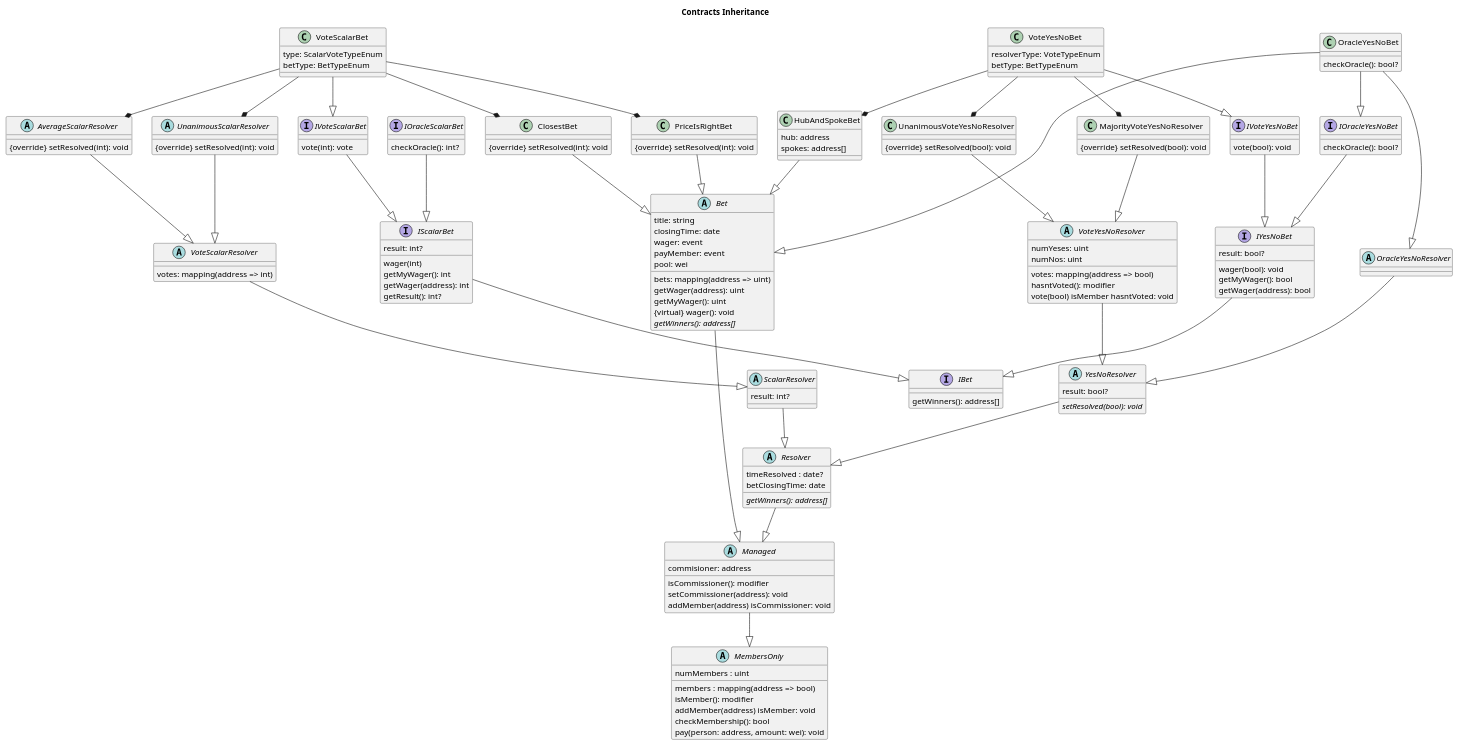
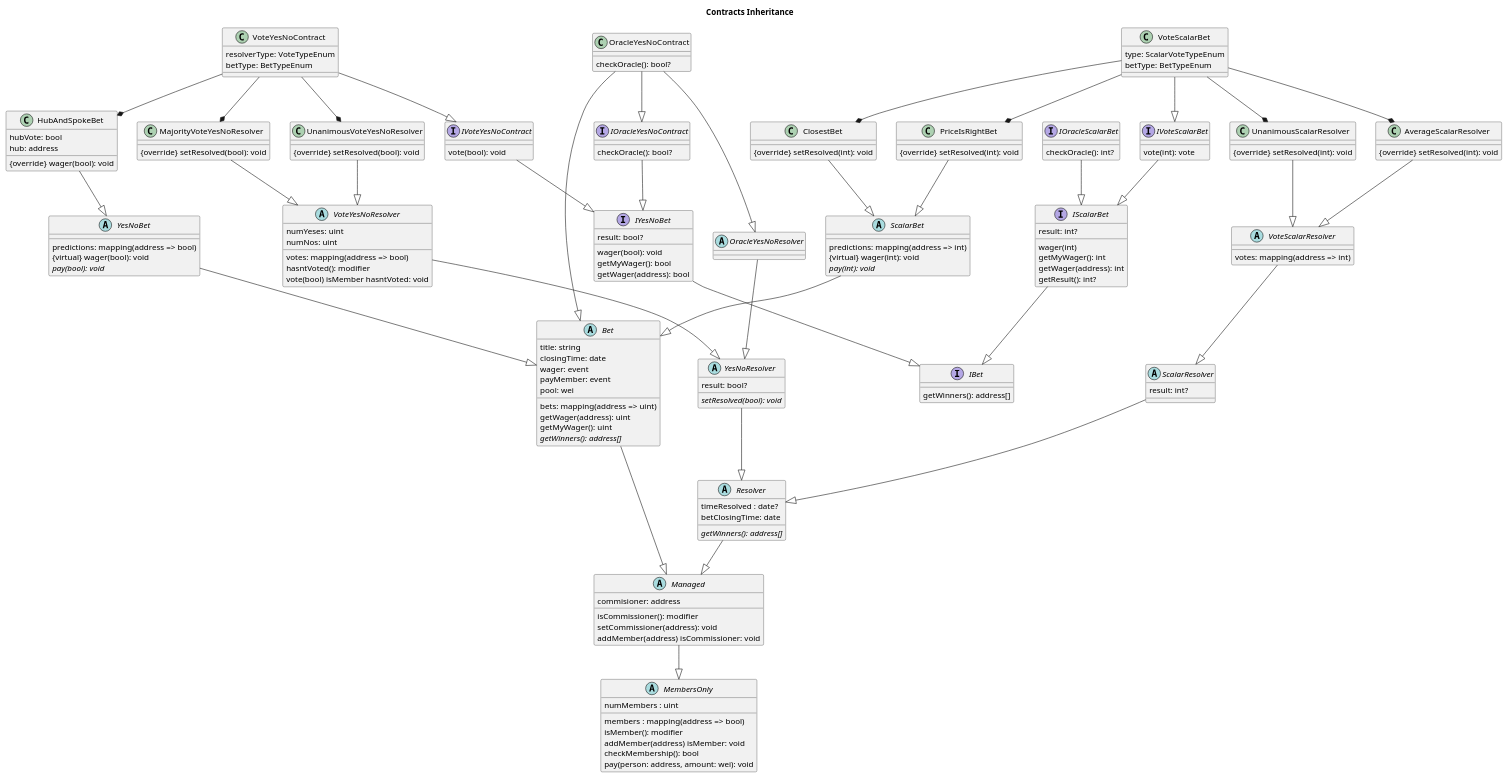
Before and after one commit to adhurjaty/prediction-app: the diagram in src/contracts/inheritanceDiagram.puml, drawn with PlantUML.

Commit message:
happy enough with inheritance diagram

```diff
--- a/src/contracts/inheritanceDiagram.puml
+++ b/src/contracts/inheritanceDiagram.puml
@@ -1,186 +1,200 @@
 @startuml
 
 title Contracts Inheritance
 
 abstract class MembersOnly {
     members : mapping(address => bool)
     numMembers : uint
 
     isMember(): modifier
     addMember(address) isMember: void
     checkMembership(): bool
     pay(person: address, amount: wei): void
 }
 
 abstract class Managed {
     commisioner: address
     isCommissioner(): modifier
     setCommissioner(address): void
     addMember(address) isCommissioner: void
 }
 
 abstract class Resolver {
     timeResolved : date?
     betClosingTime: date
     {abstract} getWinners(): address[]
 }
 
 abstract class YesNoResolver {
     result: bool?
     {abstract} setResolved(bool): void
 }
 
 abstract class OracleYesNoResolver {
 
 }
 
 abstract class VoteYesNoResolver {
     votes: mapping(address => bool)
     numYeses: uint
     numNos: uint
 
     hasntVoted(): modifier
     vote(bool) isMember hasntVoted: void
 }
 
 class MajorityVoteYesNoResolver {
     {override} setResolved(bool): void
 }
 
 class UnanimousVoteYesNoResolver {
     {override} setResolved(bool): void
 }
 
 abstract class ScalarResolver {
     result: int?
 }
 
 abstract class VoteScalarResolver {
     votes: mapping(address => int)
 }
 
 abstract class Bet {
     title: string
     bets: mapping(address => uint)
     closingTime: date
     wager: event
     payMember: event
     pool: wei
 
     getWager(address): uint
     getMyWager(): uint
-    {virtual} wager(): void
     {abstract} getWinners(): address[]
 }
 
-class VoteYesNoBet {
+class VoteYesNoContract {
     resolverType: VoteTypeEnum
     betType: BetTypeEnum
 }
 
-class HubAndSpokeBet {
-    hub: address
-    spokes: address[]
+abstract class YesNoBet {
+    predictions: mapping(address => bool)
+    {virtual} wager(bool): void
+    {abstract} pay(bool): void
 }
 
-class OracleYesNoBet {
+class HubAndSpokeBet {
+    hubVote: bool
+    hub: address
+    {override} wager(bool): void
+}
+
+class OracleYesNoContract {
     checkOracle(): bool?
 }
 
-abstract AverageScalarResolver {
+class AverageScalarResolver {
     {override} setResolved(int): void
 }
 
-abstract UnanimousScalarResolver {
+class UnanimousScalarResolver {
     {override} setResolved(int): void
 }
 
 class PriceIsRightBet {
     {override} setResolved(int): void
 }
 
 class ClosestBet {
     {override} setResolved(int): void
+}
+
+abstract class ScalarBet {
+    predictions: mapping(address => int)
+    {virtual} wager(int): void
+    {abstract} pay(int): void
 }
 
 class VoteScalarBet {
     type: ScalarVoteTypeEnum
     betType: BetTypeEnum
 }
 
 interface IBet {
     getWinners(): address[]
 }
 
 interface IYesNoBet {
     result: bool?
     wager(bool): void
     getMyWager(): bool
     getWager(address): bool
 }
 
 interface IScalarBet {
     result: int?
     wager(int)
     getMyWager(): int
     getWager(address): int
     getResult(): int?
 }
 
-interface IVoteYesNoBet {
+interface IVoteYesNoContract {
     vote(bool): void
 }
 
 interface IVoteScalarBet {
     vote(int): vote
 }
 
-interface IOracleYesNoBet {
+interface IOracleYesNoContract {
     checkOracle(): bool?
 }
 
 interface IOracleScalarBet {
     checkOracle(): int?
 }
 
 Managed --|> MembersOnly
 Resolver --|> Managed
 YesNoResolver --|> Resolver
 ScalarResolver --|> Resolver
 VoteYesNoResolver --|> YesNoResolver
 OracleYesNoResolver --|> YesNoResolver
 MajorityVoteYesNoResolver --|> VoteYesNoResolver
 UnanimousVoteYesNoResolver --|> VoteYesNoResolver
 VoteScalarResolver --|> ScalarResolver
 Bet --|> Managed
 
 IYesNoBet --|> IBet
 IScalarBet --|> IBet
 
-IVoteYesNoBet --|> IYesNoBet
-IOracleYesNoBet --|> IYesNoBet
+IVoteYesNoContract --|> IYesNoBet
+IOracleYesNoContract --|> IYesNoBet
 IVoteScalarBet --|> IScalarBet
 IOracleScalarBet --|> IScalarBet
 
-HubAndSpokeBet --|> Bet
+YesNoBet --|> Bet
+HubAndSpokeBet --|> YesNoBet
 
-VoteYesNoBet --|> IVoteYesNoBet
-VoteYesNoBet --* MajorityVoteYesNoResolver
-VoteYesNoBet --* UnanimousVoteYesNoResolver
-VoteYesNoBet --* HubAndSpokeBet
+VoteYesNoContract --|> IVoteYesNoContract
+VoteYesNoContract --* MajorityVoteYesNoResolver
+VoteYesNoContract --* UnanimousVoteYesNoResolver
+VoteYesNoContract --* HubAndSpokeBet
 
-OracleYesNoBet --|> Bet
-OracleYesNoBet --|> OracleYesNoResolver
-OracleYesNoBet --|> IOracleYesNoBet
+OracleYesNoContract --|> Bet
+OracleYesNoContract --|> OracleYesNoResolver
+OracleYesNoContract --|> IOracleYesNoContract
 
-PriceIsRightBet --|> Bet
-ClosestBet --|> Bet
+PriceIsRightBet --|> ScalarBet
+ClosestBet --|> ScalarBet
 VoteScalarBet --|> IVoteScalarBet
 VoteScalarBet --* PriceIsRightBet
 VoteScalarBet --* ClosestBet
 AverageScalarResolver --|> VoteScalarResolver
 UnanimousScalarResolver --|> VoteScalarResolver
+ScalarBet --|> Bet
 VoteScalarBet --* AverageScalarResolver
 VoteScalarBet --* UnanimousScalarResolver
 
 @enduml
```
